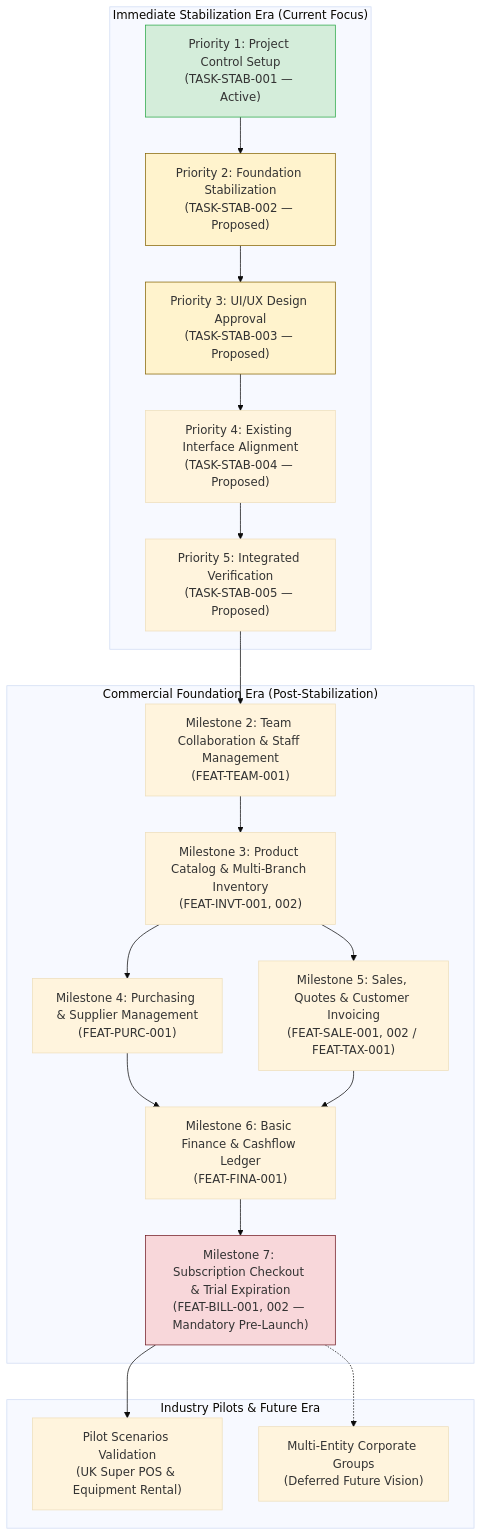
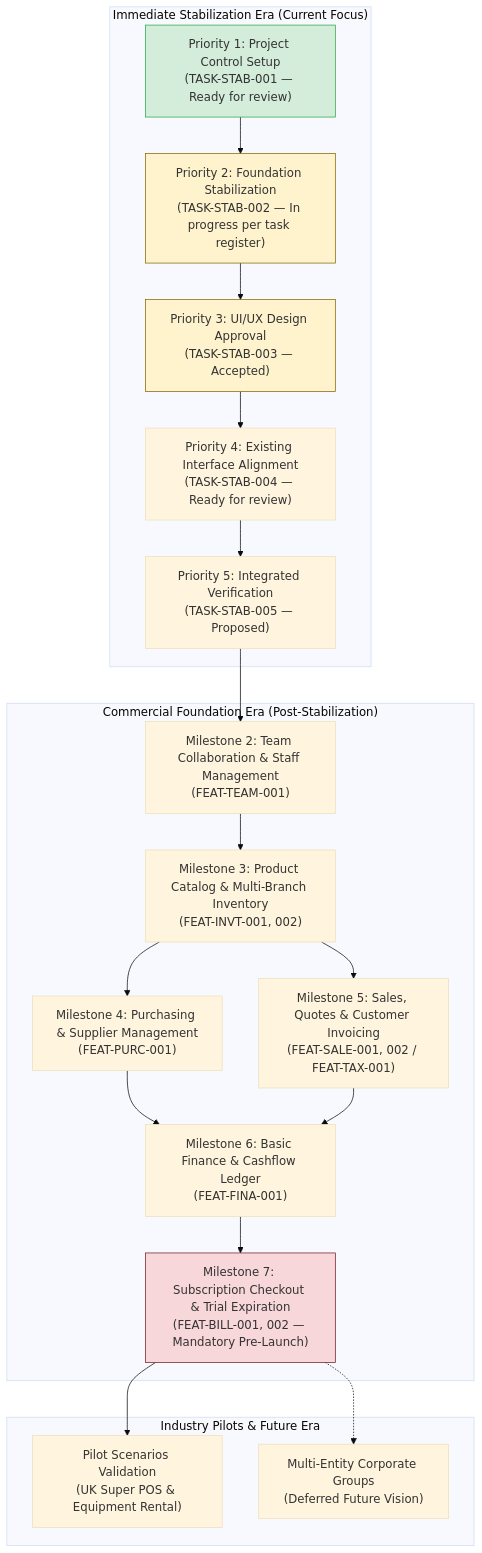
The diagram in docs/ROADMAP.md (Stack37-Pvt-Ltd/stack37-eos), drawn with Mermaid (base theme) before and after one commit. The commit also changed other lines of this file and 77 other files, not shown here.

Commit message:
feat(integration): checkpoint approved UI and backend corrections (TASK-STAB-005)

````diff
--- a/docs/ROADMAP.md
+++ b/docs/ROADMAP.md
@@ -15,30 +15,30 @@
 ```mermaid
 graph TD
     subgraph "Immediate Stabilization Era (Current Focus)"
-        P1["Priority 1: Project Control Setup<br/>(TASK-STAB-001 — Active)"]
-        --> P2["Priority 2: Foundation Stabilization<br/>(TASK-STAB-002 — Proposed)"]
-        --> P3["Priority 3: UI/UX Design Approval<br/>(TASK-STAB-003 — Proposed)"]
-        --> P4["Priority 4: Existing Interface Alignment<br/>(TASK-STAB-004 — Proposed)"]
+        P1["Priority 1: Project Control Setup<br/>(TASK-STAB-001 — Ready for review)"]
+        --> P2["Priority 2: Foundation Stabilization<br/>(TASK-STAB-002 — In progress per task register)"]
+        --> P3["Priority 3: UI/UX Design Approval<br/>(TASK-STAB-003 — Accepted)"]
+        --> P4["Priority 4: Existing Interface Alignment<br/>(TASK-STAB-004 — Ready for review)"]
         --> P5["Priority 5: Integrated Verification<br/>(TASK-STAB-005 — Proposed)"]
     end
 
     subgraph "Commercial Foundation Era (Post-Stabilization)"
         P5 --> M2["Milestone 2: Team Collaboration & Staff Management<br/>(FEAT-TEAM-001)"]
         M2 --> M3["Milestone 3: Product Catalog & Multi-Branch Inventory<br/>(FEAT-INVT-001, 002)"]
         M3 --> M4["Milestone 4: Purchasing & Supplier Management<br/>(FEAT-PURC-001)"]
         M3 --> M5["Milestone 5: Sales, Quotes & Customer Invoicing<br/>(FEAT-SALE-001, 002 / FEAT-TAX-001)"]
         M4 --> M6["Milestone 6: Basic Finance & Cashflow Ledger<br/>(FEAT-FINA-001)"]
         M5 --> M6
         M6 --> M7["Milestone 7: Subscription Checkout & Trial Expiration<br/>(FEAT-BILL-001, 002 — Mandatory Pre-Launch)"]
     end
 
     subgraph "Industry Pilots & Future Era"
         M7 --> P_PILOT["Pilot Scenarios Validation<br/>(UK Super POS & Equipment Rental)"]
         M7 -.-> M_MULTI["Multi-Entity Corporate Groups<br/>(Deferred Future Vision)"]
     end
 
     style P1 fill:#d4edda,stroke:#28a745
     style P2 fill:#fff3cd,stroke:#856404
     style P3 fill:#fff3cd,stroke:#856404
     style M7 fill:#f8d7da,stroke:#721c24
 ```
````
